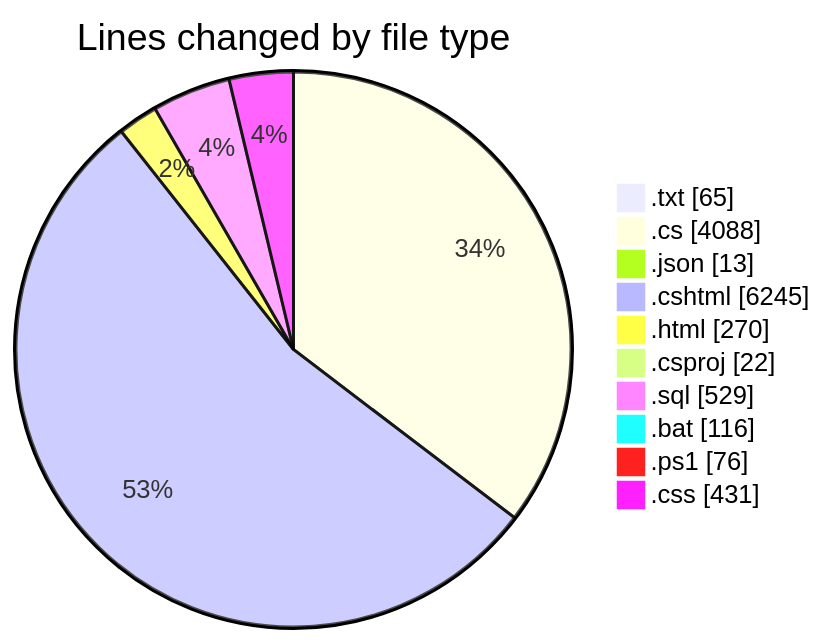
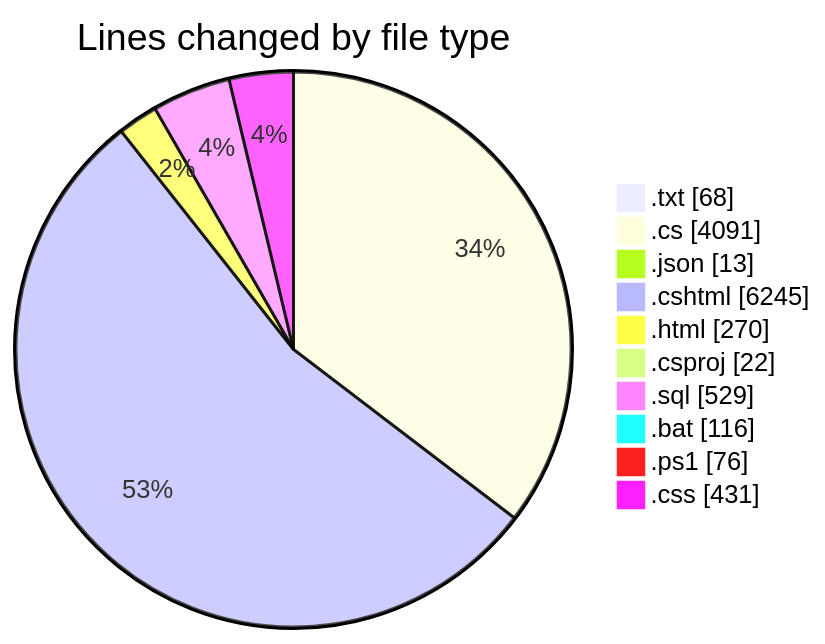
The first of 2 diagrams in 2025-07-27/quanlyrapchieuphim-1/README.md (lephambinh05/code-tracking), drawn with Mermaid before and after one commit. The commit also changed other lines of this file and 1 other file, not shown here.

````diff
--- a/2025-07-27/quanlyrapchieuphim-1/README.md
+++ b/2025-07-27/quanlyrapchieuphim-1/README.md
@@ -61,14 +61,14 @@
 ```mermaid
 pie showData
 title Lines changed by file type
-".txt" : 65
-".cs" : 4088
+".txt" : 68
+".cs" : 4091
 ".json" : 13
 ".cshtml" : 6245
 ".html" : 270
 ".csproj" : 22
 ".sql" : 529
 ".bat" : 116
 ".ps1" : 76
 ".css" : 431
 ```
````
